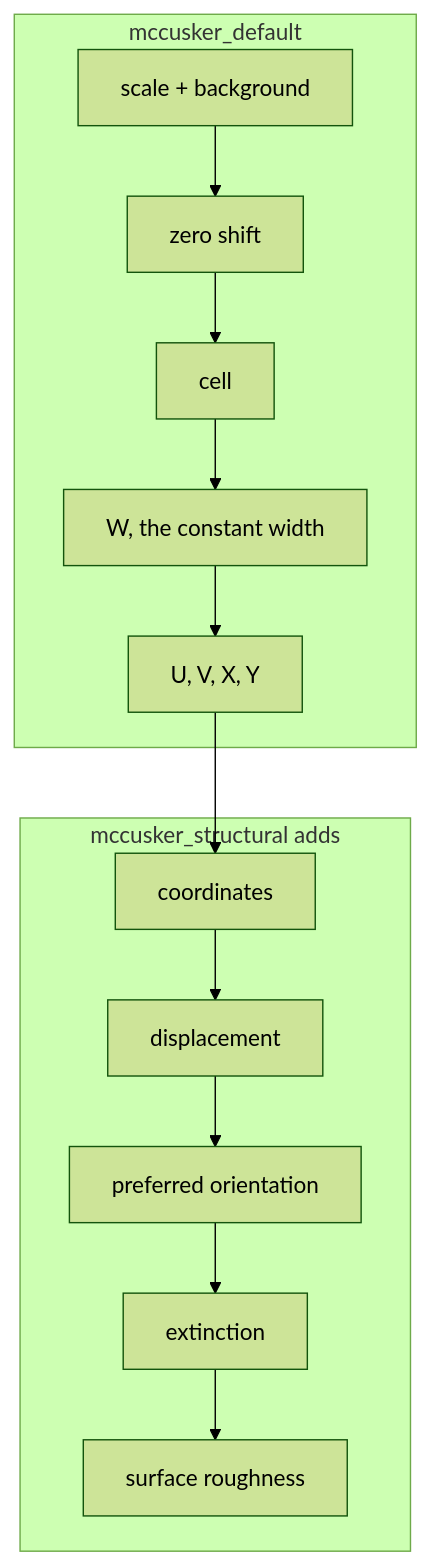
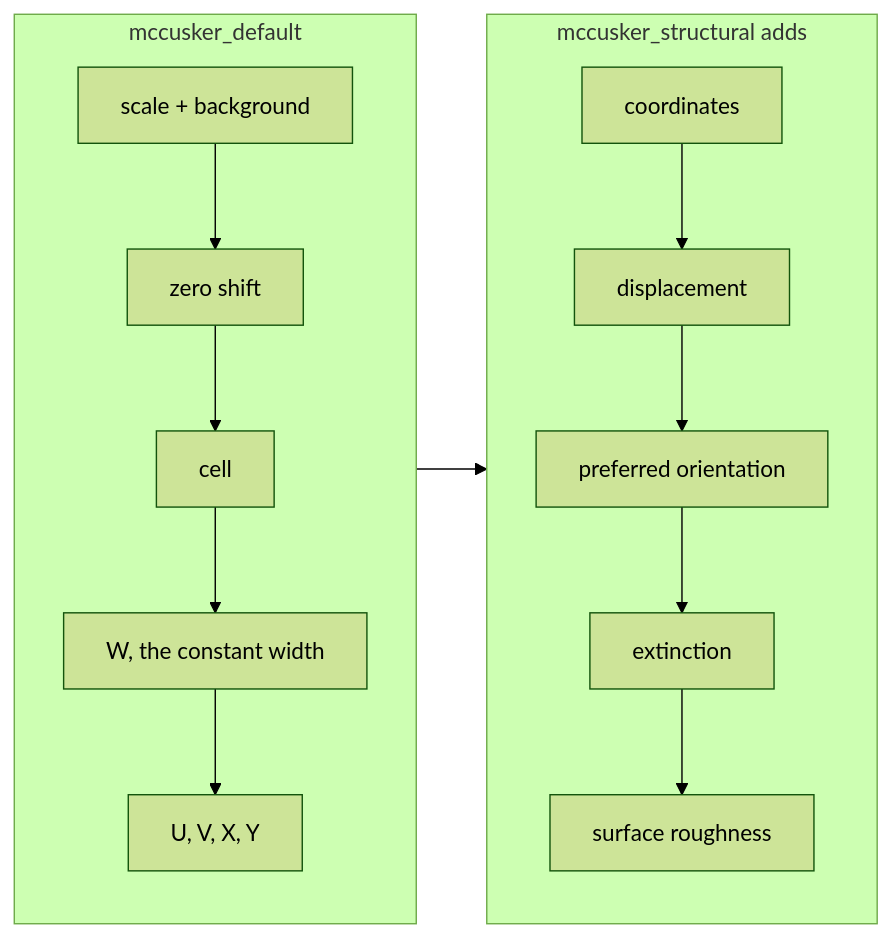
Before and after one commit to mustachefeeling/rietx: the diagram in docs/manual/using/concepts.md, drawn with Mermaid (forest theme). The commit also changed other lines of this file and 2 other files, not shown here.

````diff
--- a/docs/manual/using/concepts.md
+++ b/docs/manual/using/concepts.md
@@ -274,12 +275,14 @@
 ```{mermaid}
-graph TD
+flowchart LR
   subgraph a ["mccusker_default"]
+    direction TB
     A["scale + background"] --> B["zero shift"] --> C["cell"]
     C --> D["W, the constant width"] --> E["U, V, X, Y"]
   end
   subgraph b ["mccusker_structural adds"]
+    direction TB
     F["coordinates"] --> G["displacement"] --> H["preferred orientation"]
     H --> I["extinction"] --> J["surface roughness"]
   end
-  E --> F
+  a --> b
 ```
````
